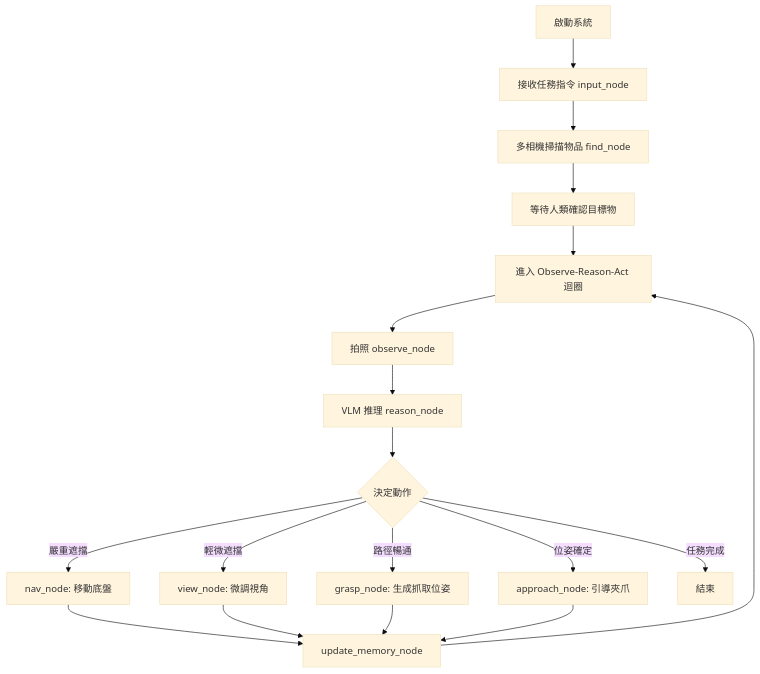
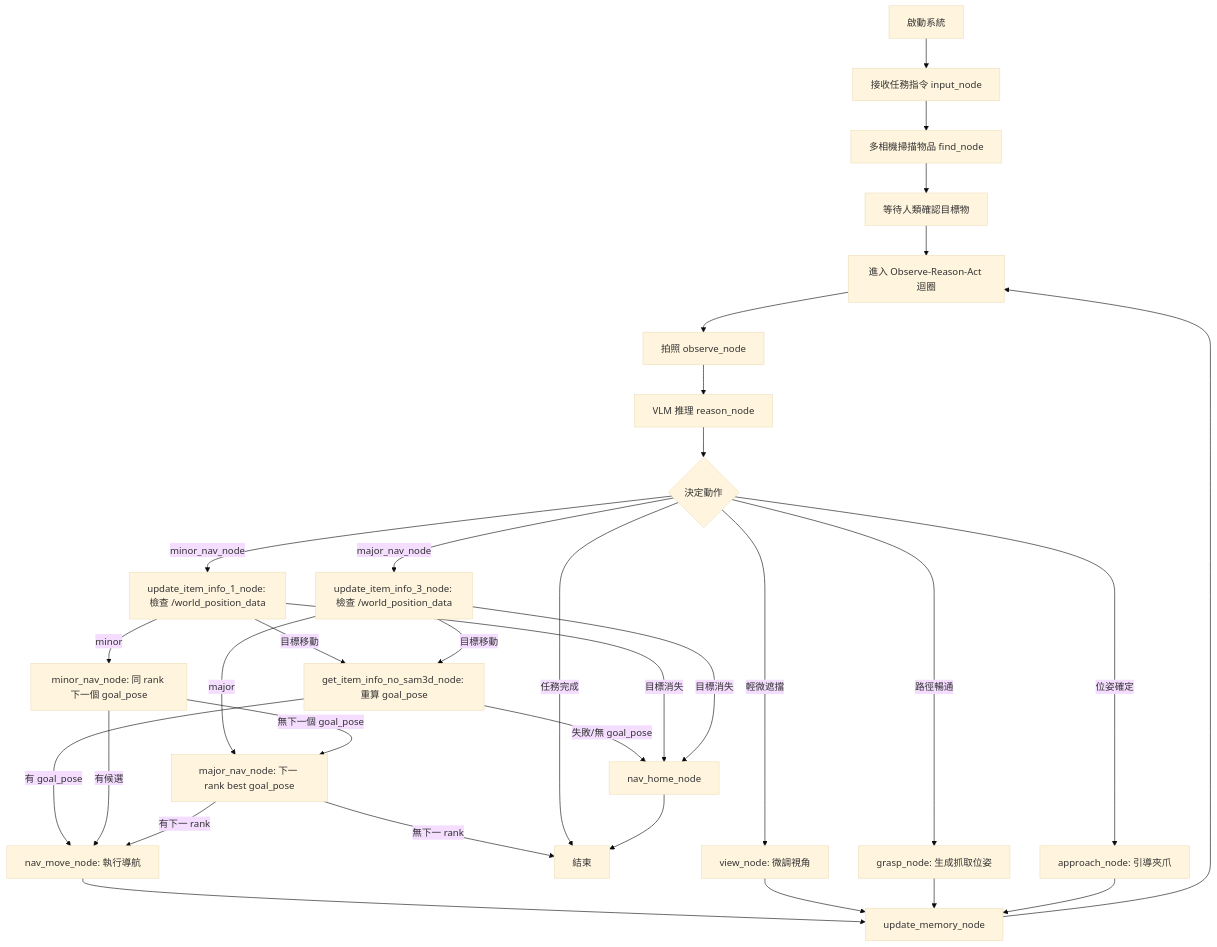
The seventh of 8 diagrams in docs/spec.md (tj1125/pros_workflow), drawn with Mermaid (base theme) before and after one commit. The commit also changed 6 other files, not shown here.

Commit message:
minor/major_nav_node

````diff
--- a/docs/spec.md
+++ b/docs/spec.md
@@ -169,20 +169,34 @@
 ```mermaid
 flowchart TD
   Start[啟動系統] --> Input[接收任務指令 input_node]
   Input --> Find[多相機掃描物品 find_node]
   Find --> Confirm[等待人類確認目標物]
   Confirm --> Loop[進入 Observe-Reason-Act 迴圈]
   Loop --> Obs[拍照 observe_node]
   Obs --> Reason[VLM 推理 reason_node]
   Reason --> Route{決定動作}
-  Route -- 嚴重遮擋 --> Nav[nav_node: 移動底盤]
+  Route -- minor_nav_node --> UpdateInfoMinor[update_item_info_1_node: 檢查 /world_position_data]
+  Route -- major_nav_node --> UpdateInfoMajor[update_item_info_3_node: 檢查 /world_position_data]
+  UpdateInfoMinor -- 目標移動 --> ItemInfo[get_item_info_no_sam3d_node: 重算 goal_pose]
+  UpdateInfoMajor -- 目標移動 --> ItemInfo
+  ItemInfo -- 有 goal_pose --> NavMove[nav_move_node: 執行導航]
+  ItemInfo -- 失敗/無 goal_pose --> Home
+  UpdateInfoMinor -- 目標消失 --> Home[nav_home_node]
+  UpdateInfoMajor -- 目標消失 --> Home
+  UpdateInfoMinor -- minor --> MinorNav[minor_nav_node: 同 rank 下一個 goal_pose]
+  UpdateInfoMajor -- major --> MajorNav[major_nav_node: 下一 rank best goal_pose]
+  MinorNav -- 無下一個 goal_pose --> MajorNav[major_nav_node: 下一 rank best goal_pose]
+  MinorNav -- 有候選 --> NavMove[nav_move_node: 執行導航]
+  MajorNav -- 有下一 rank --> NavMove
+  MajorNav -- 無下一 rank --> Done
   Route -- 輕微遮擋 --> View[view_node: 微調視角]
   Route -- 路徑暢通 --> Grasp[grasp_node: 生成抓取位姿]
   Route -- 位姿確定 --> Approach[approach_node: 引導夾爪]
   Route -- 任務完成 --> Done[結束]
-  Nav --> Memory[update_memory_node]
+  NavMove --> Memory[update_memory_node]
+  Home --> Done
   View --> Memory
   Grasp --> Memory
   Approach --> Memory
   Memory --> Loop
 ```
````
